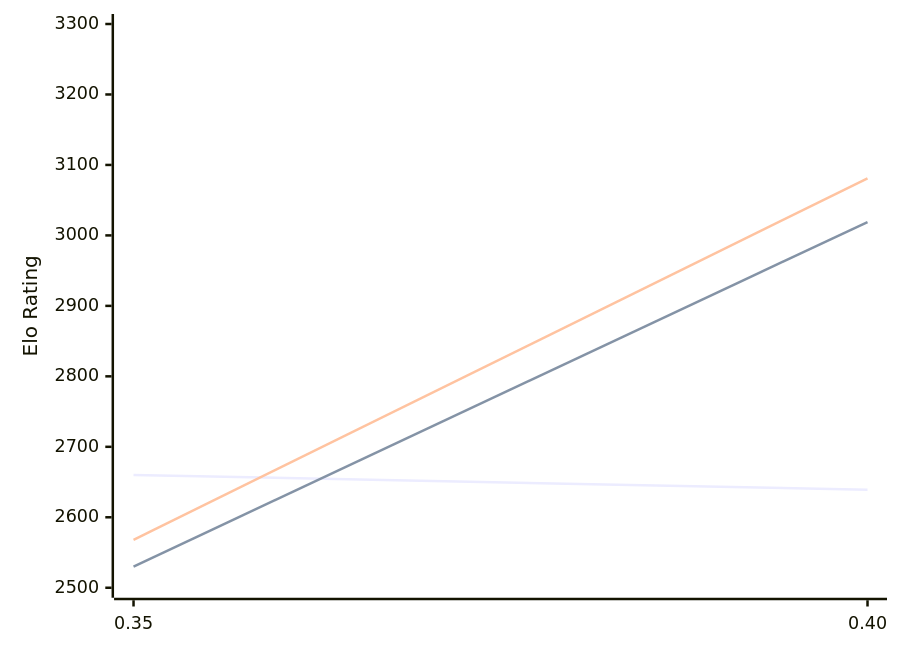
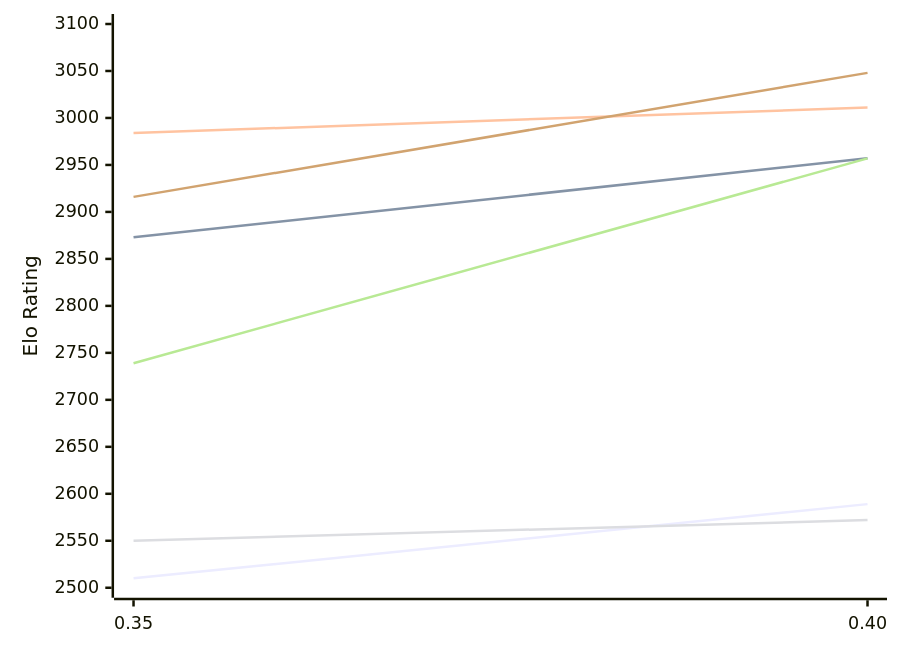
Before and after one commit to computer-chess-index/cci: the first of 2 diagrams in engines/Gecko.md, drawn with Mermaid. The commit also changed other lines of this file, not shown here.

Commit message:
Update CCI Ratings (ELO VLTC) - 2026-11-13

````diff
--- a/engines/Gecko.md
+++ b/engines/Gecko.md
@@ -54,12 +54,12 @@
 ```mermaid
 %%{init: {"theme":"base","themeVariables":{"seriesColors:['#a3a3a3','#222221','#faa371']}}}%%
 xychart-beta
   x-axis ["0.35", "0.40"]
-  y-axis "Elo Rating" 2500 --> 3300
-  line "E1: STC (8.0+0.08s)" [2660, 2639]
-  line "E1: LTC (60.0+0.60s)" [2530, 3019]
-  line "E1: VLTC (2m24s+1.12s)" [2568, 3081]
-  line "P1: STC (8.0+0.08s)" [2731]
-  line "P1: LTC (60.0+0.60s)" [3123]
-  line "P1: VLTC (2m24s+1.12s)" [3216]
+  y-axis "Elo Rating" 2500 --> 3100
+  line "E1: STC (8.0+0.08s)" [2510, 2589]
+  line "E1: LTC (60.0+0.60s)" [2873, 2957]
+  line "E1: VLTC (2m24s+1.12s)" [2984, 3011]
+  line "P1: STC (8.0+0.08s)" [2550, 2572]
+  line "P1: LTC (60.0+0.60s)" [2739, 2957]
+  line "P1: VLTC (2m24s+1.12s)" [2916, 3048]
 ```
````
